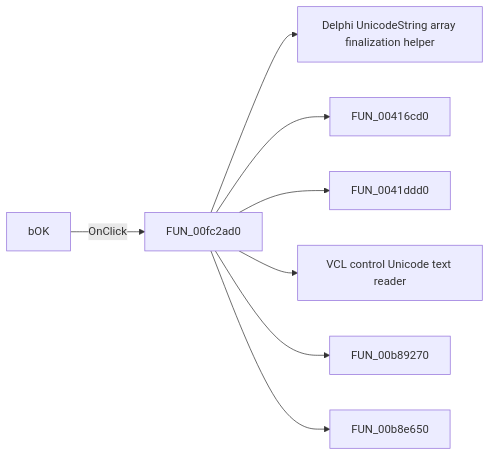
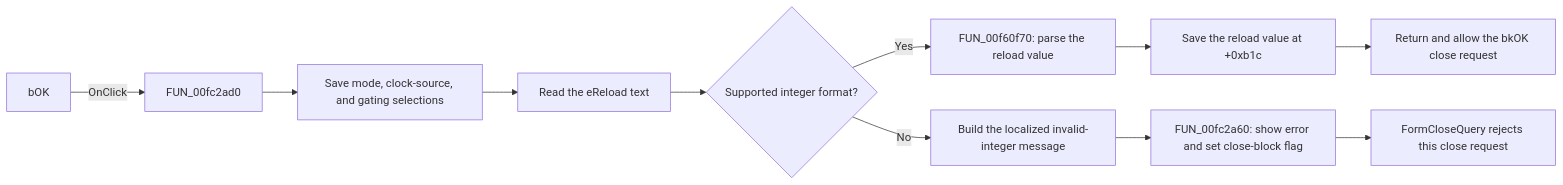
One commit to MovGP0/TIARA changed the diagram in docs/ui-controls/dlgflowchartinterrupti8051tmr0/bok-e6b3daa4ec.md. Above: the diagram before and after it, drawn with Mermaid. The commit also changed other lines of this file and 387 other files, not shown here.

````diff
--- a/docs/ui-controls/dlgflowchartinterrupti8051tmr0/bok-e6b3daa4ec.md
+++ b/docs/ui-controls/dlgflowchartinterrupti8051tmr0/bok-e6b3daa4ec.md
@@ -27,10 +33,13 @@
 ```mermaid
 flowchart LR
     control["bOK"] -->|OnClick| handler["FUN_00fc2ad0"]
-    handler --> call1["Delphi UnicodeString array finalization helper"]
-    handler --> call2["FUN_00416cd0"]
-    handler --> call3["FUN_0041ddd0"]
-    handler --> call4["VCL control Unicode text reader"]
-    handler --> call5["FUN_00b89270"]
-    handler --> call6["FUN_00b8e650"]
+    handler --> saveSelections["Save mode, clock-source, and gating selections"]
+    saveSelections --> readReload["Read the eReload text"]
+    readReload --> validInteger{"Supported integer format?"}
+    validInteger -->|Yes| parseReload["FUN_00f60f70: parse the reload value"]
+    parseReload --> saveReload["Save the reload value at +0xb1c"]
+    saveReload --> continueClose["Return and allow the bkOK close request"]
+    validInteger -->|No| buildError["Build the localized invalid-integer message"]
+    buildError --> showError["FUN_00fc2a60: show error and set close-block flag"]
+    showError --> blockClose["FormCloseQuery rejects this close request"]
 ```
````
